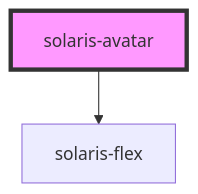
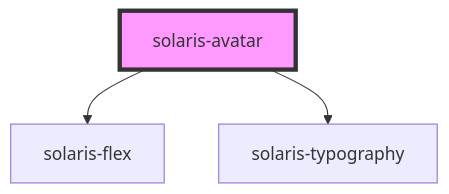
One commit to Lynxgsm/solaris-design-system changed the diagram in packages/solaris-core/src/components/solaris-avatar/readme.md. Above: the diagram before and after it, drawn with Mermaid. The commit also changed other lines of this file and 4 other files, not shown here.

````diff
--- a/packages/solaris-core/src/components/solaris-avatar/readme.md
+++ b/packages/solaris-core/src/components/solaris-avatar/readme.md
@@ -25,5 +26,6 @@
 ```mermaid
 graph TD;
   solaris-avatar --> solaris-flex
+  solaris-avatar --> solaris-typography
   style solaris-avatar fill:#f9f,stroke:#333,stroke-width:4px
 ```
````
